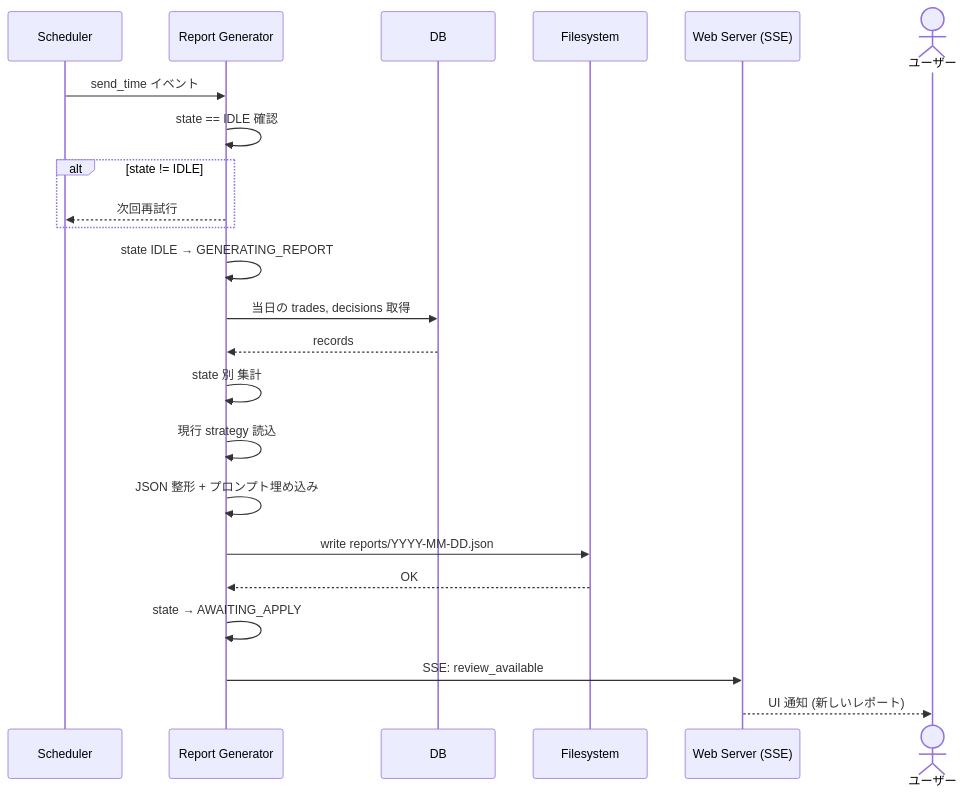
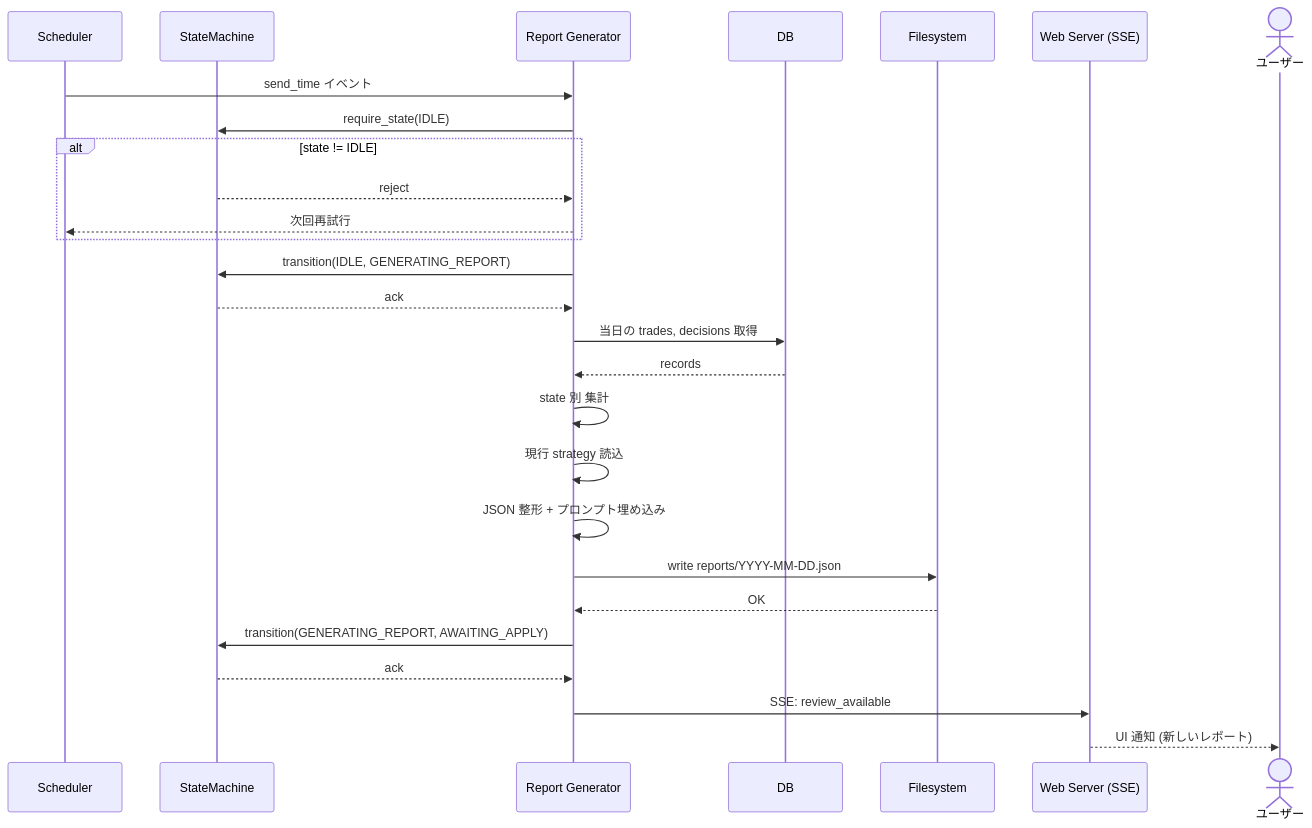
Before and after one commit to matrix9neonebuchadnezzar2199-sketch/YoRuu: the fourth of 7 diagrams in docs/design/06_sequence.md, drawn with Mermaid. The commit also changed other lines of this file and 6 other files, not shown here.

````diff
--- a/docs/design/06_sequence.md
+++ b/docs/design/06_sequence.md
@@ -163,26 +173,30 @@
 ```mermaid
 sequenceDiagram
     participant SCH as Scheduler
+    participant SM as StateMachine
     participant RG as Report Generator
     participant DB
     participant FS as Filesystem
     participant WS as Web Server (SSE)
     actor U as ユーザー
 
     SCH->>RG: send_time イベント
-    RG->>RG: state == IDLE 確認
+    RG->>SM: require_state(IDLE)
     alt state != IDLE
+        SM-->>RG: reject
         RG-->>SCH: 次回再試行
     end
-    RG->>RG: state IDLE → GENERATING_REPORT
+    RG->>SM: transition(IDLE, GENERATING_REPORT)
+    SM-->>RG: ack
     RG->>DB: 当日の trades, decisions 取得
     DB-->>RG: records
     RG->>RG: state 別 集計
     RG->>RG: 現行 strategy 読込
     RG->>RG: JSON 整形 + プロンプト埋め込み
     RG->>FS: write reports/YYYY-MM-DD.json
     FS-->>RG: OK
-    RG->>RG: state → AWAITING_APPLY
+    RG->>SM: transition(GENERATING_REPORT, AWAITING_APPLY)
+    SM-->>RG: ack
     RG->>WS: SSE: review_available
     WS-->>U: UI 通知 (新しいレポート)
 ```
````
